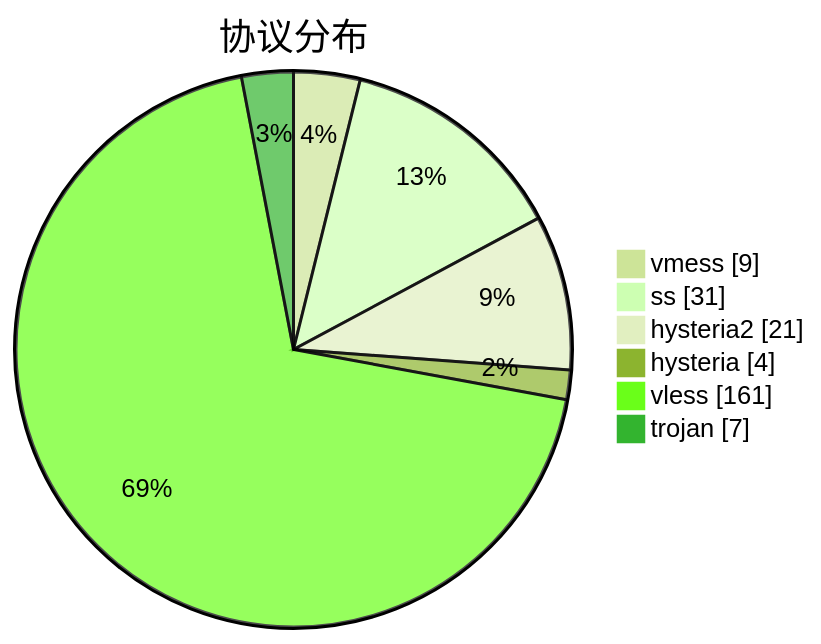
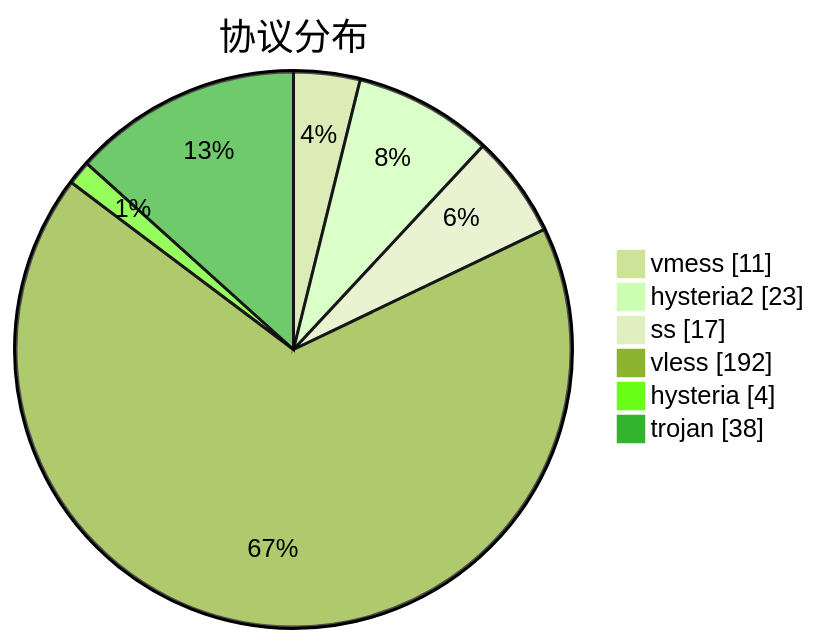
The third of 3 diagrams in subs/statistics/tested_within.md (sinspired/airport), drawn with Mermaid (forest theme) before and after one commit. The commit also changed other lines of this file and 2 other files, not shown here.

````diff
--- a/subs/statistics/tested_within.md
+++ b/subs/statistics/tested_within.md
@@ -38,10 +40,10 @@
 ```mermaid
 pie showData
 title 协议分布
-"vmess" : 9
-"ss" : 31
-"hysteria2" : 21
+"vmess" : 11
+"hysteria2" : 23
+"ss" : 17
+"vless" : 192
 "hysteria" : 4
-"vless" : 161
-"trojan" : 7
+"trojan" : 38
 ```
````
